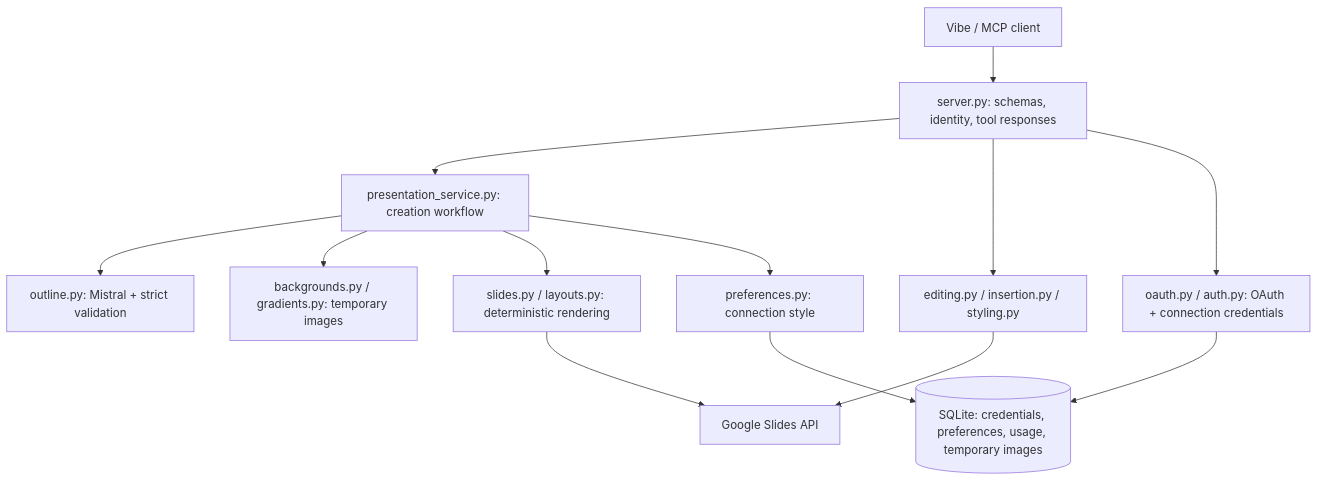
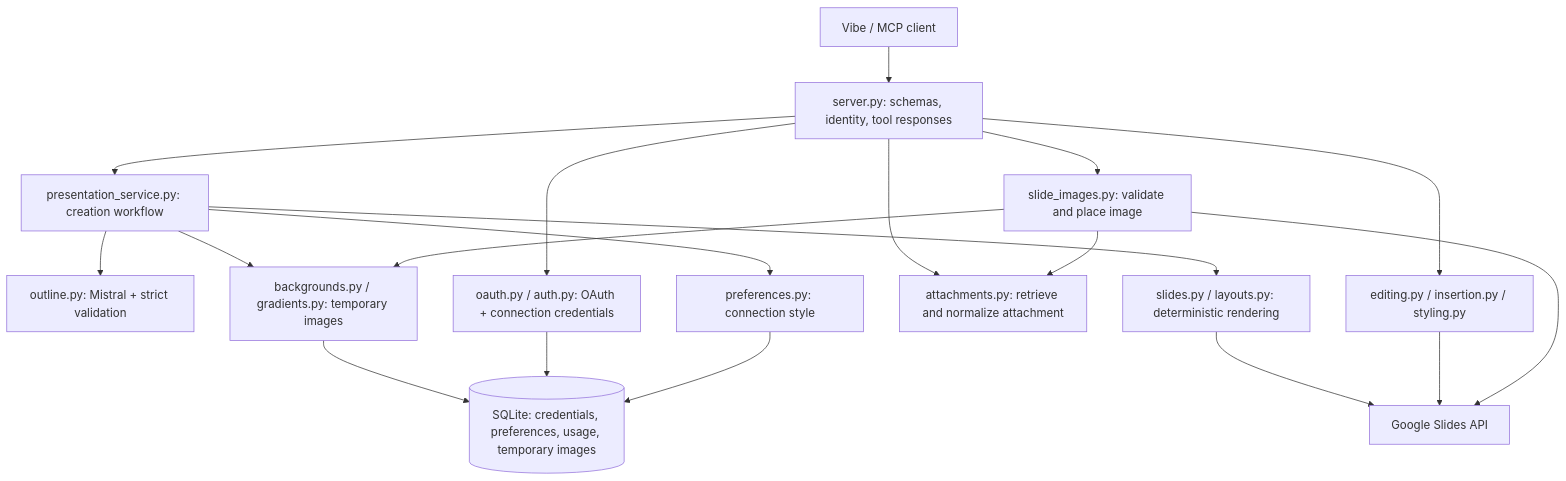
Before and after one commit to aamorel/mistral-slides-mcp: the diagram in README.md, drawn with Mermaid. The commit also changed other lines of this file and 8 other files, not shown here.

Commit message:
Document image attachment placement and data handling

````diff
--- a/README.md
+++ b/README.md
@@ -41,15 +41,21 @@
 ```mermaid
 flowchart TD
     Client[Vibe / MCP client] --> MCP[server.py: schemas, identity, tool responses]
     MCP --> Service[presentation_service.py: creation workflow]
     Service --> Content[outline.py: Mistral + strict validation]
     Service --> Images[backgrounds.py / gradients.py: temporary images]
     Service --> Render[slides.py / layouts.py: deterministic rendering]
     Render --> Google[Google Slides API]
     MCP --> Mutations[editing.py / insertion.py / styling.py]
     Mutations --> Google
+    MCP --> Attachments[attachments.py: retrieve and normalize attachment]
+    MCP --> Placement[slide_images.py: validate and place image]
+    Placement --> Attachments
+    Placement --> Images
+    Placement --> Google
+    Images --> DB
     MCP --> Auth[oauth.py / auth.py: OAuth + connection credentials]
     Service --> Prefs[preferences.py: connection style]
     Auth --> DB[(SQLite: credentials, preferences, usage, temporary images)]
     Prefs --> DB
 ```
````
